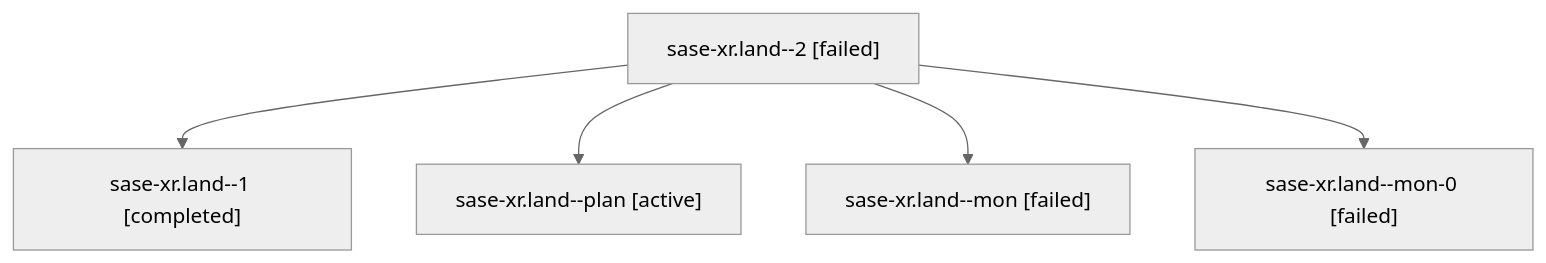
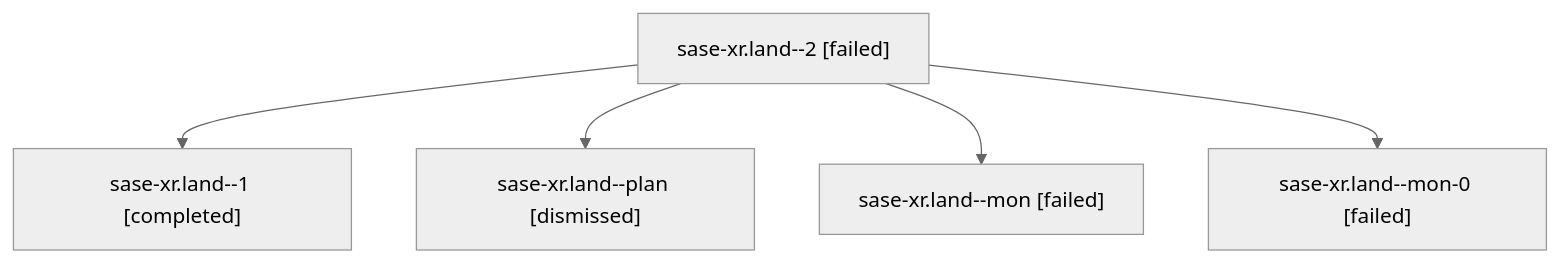
Before and after one commit to sase-org/sase--agents: the diagram in sessions/bbugyi200.athena.sase-xr.land.md, drawn with Mermaid (neutral theme). The commit also changed other lines of this file and 323 other files, not shown here.

````diff
--- a/sessions/bbugyi200.athena.sase-xr.land.md
+++ b/sessions/bbugyi200.athena.sase-xr.land.md
@@ -9,12 +9,12 @@
 ```mermaid
 flowchart TD
   n0["sase-xr.land--2 [failed]"]
   n1["sase-xr.land--1 [completed]"]
   n0 --> n1
-  n2["sase-xr.land--plan [active]"]
+  n2["sase-xr.land--plan [dismissed]"]
   n0 --> n2
   n3["sase-xr.land--mon [failed]"]
   n0 --> n3
   n4["sase-xr.land--mon-0 [failed]"]
   n0 --> n4
 ```
````
